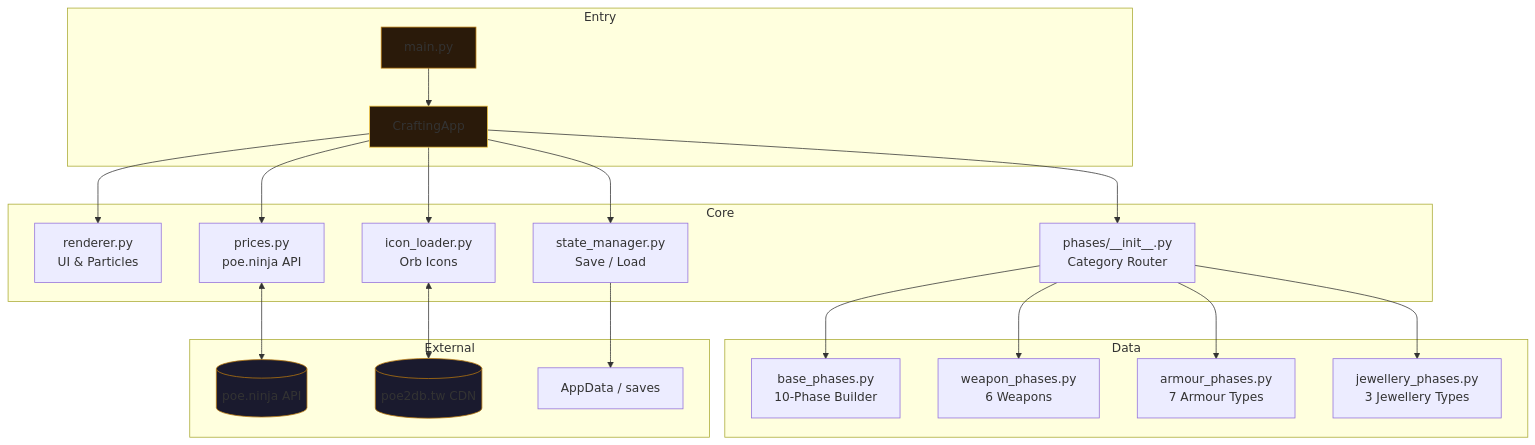
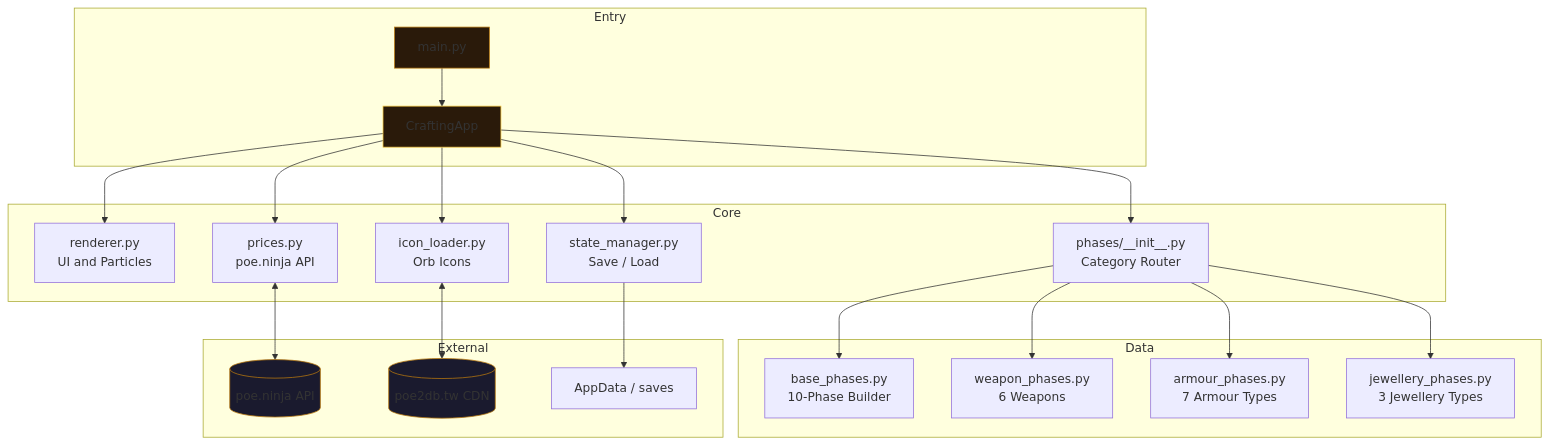
The second of 2 diagrams in README.md (JerkyJesse/poe2-mirror-crafter), drawn with Mermaid before and after one commit. The commit also changed other lines of this file and 11 other files, not shown here.

````diff
--- a/README.md
+++ b/README.md
@@ -216,32 +216,32 @@
 ```mermaid
 flowchart TB
     subgraph Entry
         A[main.py] --> B[CraftingApp]
     end
 
     subgraph Core
-        B --> C[renderer.py<br/>UI & Particles]
-        B --> D[phases/__init__.py<br/>Category Router]
-        B --> E[prices.py<br/>poe.ninja API]
-        B --> F[state_manager.py<br/>Save / Load]
-        B --> G[icon_loader.py<br/>Orb Icons]
+        B --> C[renderer.py<br>UI and Particles]
+        B --> D[phases/__init__.py<br>Category Router]
+        B --> E[prices.py<br>poe.ninja API]
+        B --> F[state_manager.py<br>Save / Load]
+        B --> G[icon_loader.py<br>Orb Icons]
     end
 
     subgraph Data
-        D --> H[base_phases.py<br/>10-Phase Builder]
-        D --> I[weapon_phases.py<br/>6 Weapons]
-        D --> J[armour_phases.py<br/>7 Armour Types]
-        D --> K[jewellery_phases.py<br/>3 Jewellery Types]
+        D --> H[base_phases.py<br>10-Phase Builder]
+        D --> I[weapon_phases.py<br>6 Weapons]
+        D --> J[armour_phases.py<br>7 Armour Types]
+        D --> K[jewellery_phases.py<br>3 Jewellery Types]
     end
 
     subgraph External
         E <--> L[(poe.ninja API)]
         G <--> M[(poe2db.tw CDN)]
         F --> N[AppData / saves]
     end
 
     style A fill:#2a1a0a,stroke:#b8780e
     style B fill:#2a1a0a,stroke:#f5c842
     style L fill:#1a1a2e,stroke:#b8780e
     style M fill:#1a1a2e,stroke:#b8780e
 ```
````
